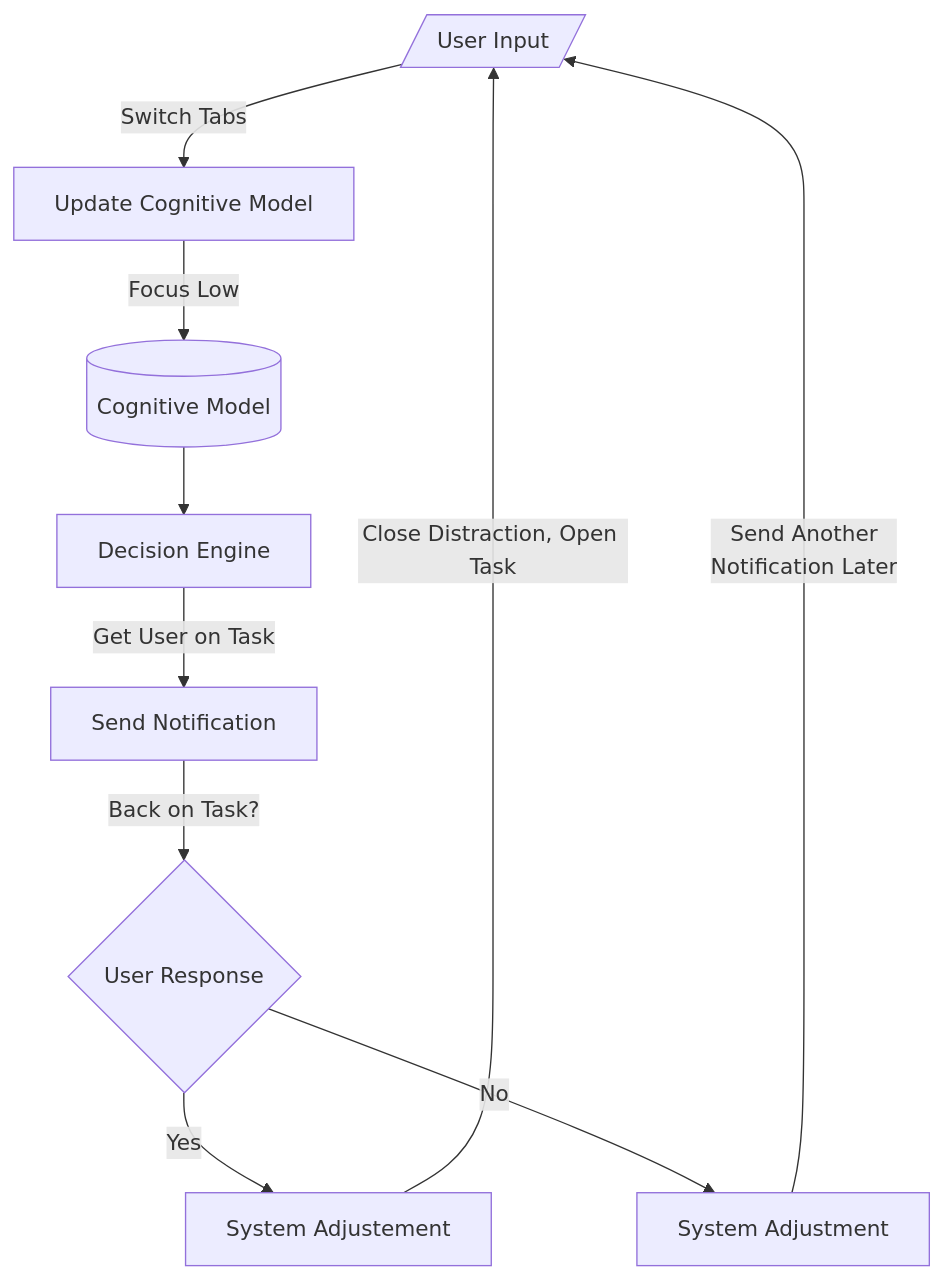
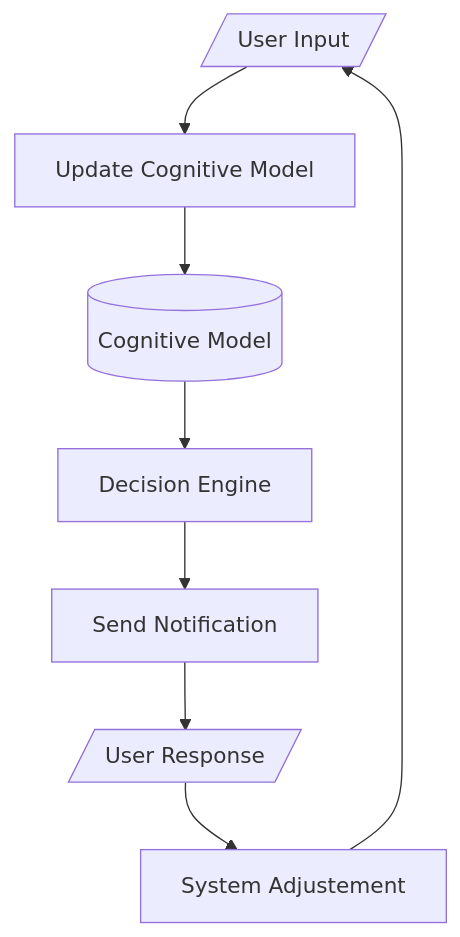
Before and after one commit to zach-richards/human-os: the diagram in README.md, drawn with Mermaid.

Commit message:
Fixed mermaid flow again

````diff
--- a/README.md
+++ b/README.md
@@ -27,14 +27,11 @@
 ```mermaid
     flowchart TD
         A[/User Input/] -->
-        |Switch Tabs| B[Update Cognitive Model] -->
-        |Focus Low| C[(Cognitive Model)] -->
+        B[Update Cognitive Model] -->
+        C[(Cognitive Model)] -->
         D[Decision Engine] -->
-        |Get User on Task| E[Send Notification] -->
-        |Back on Task?| F{User Response} -->
-        |Yes| G[System Adjustement] -->
-        |Close Distraction, Open Task| A
-        F --> |No| H[System Adjustment] -->
-        |Send Another
-        Notification Later| A
+        E[Send Notification] -->
+        F[/User Response/] -->
+        G[System Adjustement] -->
+        A
 ```
````
